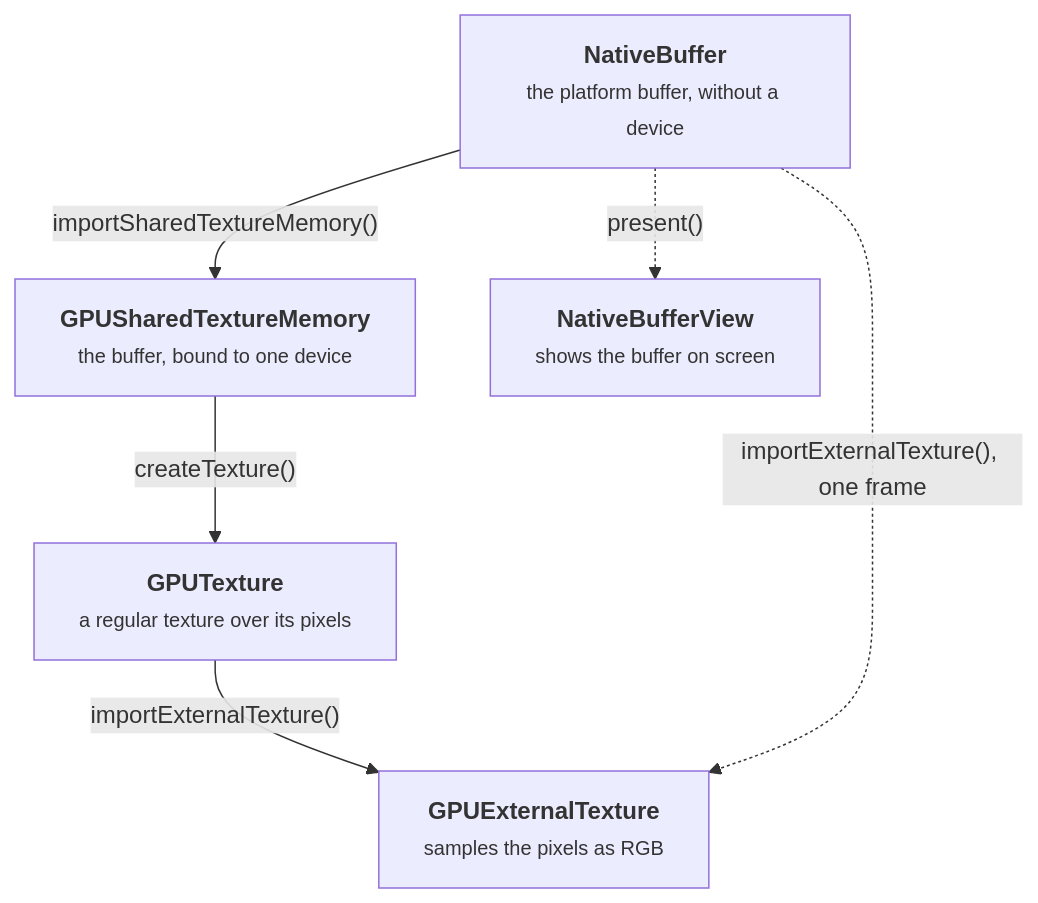
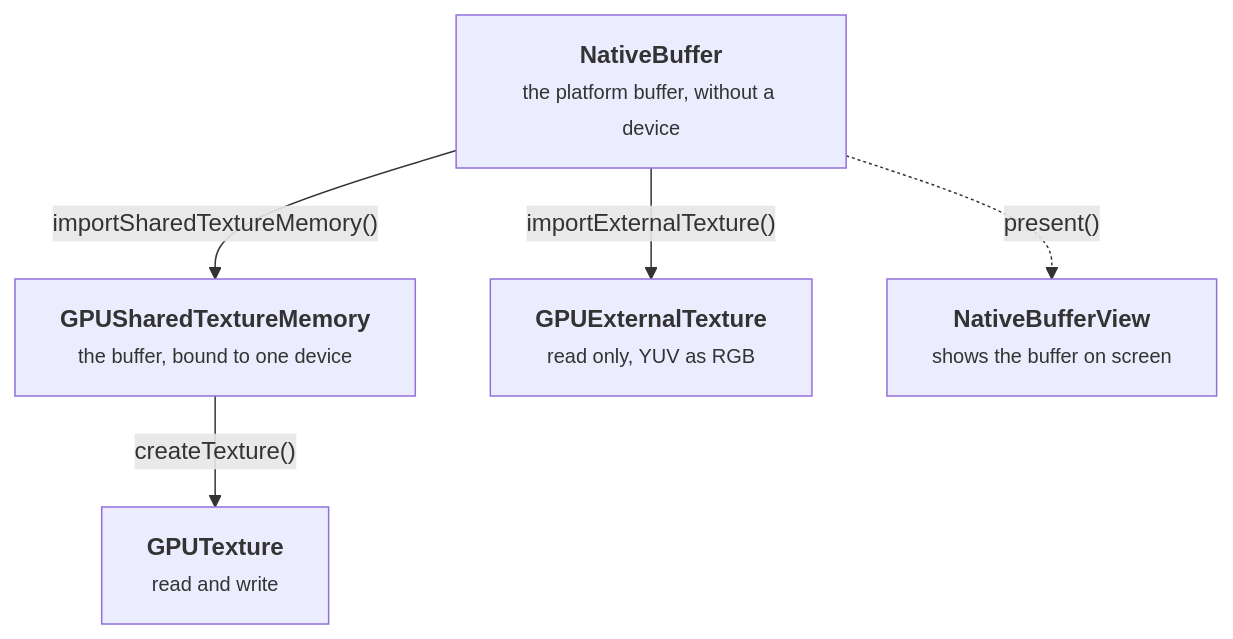
The diagram in apps/docs/content/docs/getting-started/native-buffers.mdx (wcandillon/react-native-webgpu), drawn with Mermaid before and after one commit. The commit also changed other lines of this file, not shown here.

First line of the commit message:
docs(🖼️): GPUTexture reads and writes, GPUExternalTexture reads only

````diff
--- a/apps/docs/content/docs/getting-started/native-buffers.mdx
+++ b/apps/docs/content/docs/getting-started/native-buffers.mdx
@@ -18,14 +18,13 @@
 ```mermaid
 flowchart TD
   buffer["<b>NativeBuffer</b><br/><small>the platform buffer, without a device</small>"]
   memory["<b>GPUSharedTextureMemory</b><br/><small>the buffer, bound to one device</small>"]
-  texture["<b>GPUTexture</b><br/><small>a regular texture over its pixels</small>"]
-  external["<b>GPUExternalTexture</b><br/><small>samples the pixels as RGB</small>"]
+  texture["<b>GPUTexture</b><br/><small>read and write</small>"]
+  external["<b>GPUExternalTexture</b><br/><small>read only, YUV as RGB</small>"]
   view["<b>NativeBufferView</b><br/><small>shows the buffer on screen</small>"]
 
   buffer -- "importSharedTextureMemory()" --> memory
   memory -- "createTexture()" --> texture
-  texture -- "importExternalTexture()" --> external
-  buffer -. "importExternalTexture(), one frame" .-> external
+  buffer -- "importExternalTexture()" --> external
   buffer -. "present()" .-> view
 ```
````
